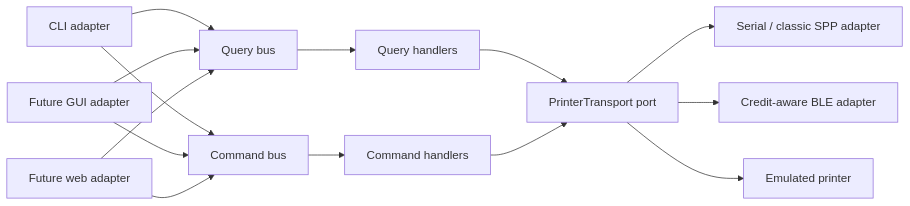
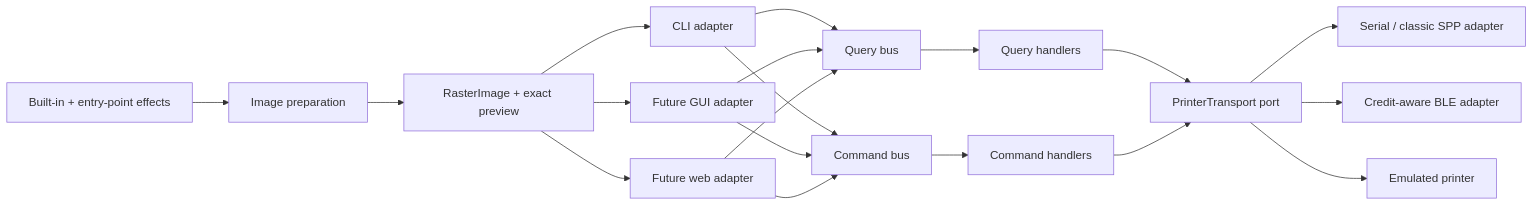
The diagram in docs/architecture.md (CSonTi04/mini-thermal-printer), drawn with Mermaid before and after one commit. The commit also changed other lines of this file and 12 other files, not shown here.

````diff
--- a/docs/architecture.md
+++ b/docs/architecture.md
@@ -8,16 +8,21 @@
 ```mermaid
 flowchart LR
+    PLUGINS["Built-in + entry-point effects"] --> PREP["Image preparation"]
+    PREP --> RASTER["RasterImage + exact preview"]
+    RASTER --> CLI
+    RASTER --> GUI
+    RASTER --> WEB
     CLI["CLI adapter"] --> QB["Query bus"]
     GUI["Future GUI adapter"] --> QB
     WEB["Future web adapter"] --> QB
     CLI --> CB["Command bus"]
     GUI --> CB
     WEB --> CB
     QB --> QH["Query handlers"]
     CB --> CH["Command handlers"]
     QH --> PORT["PrinterTransport port"]
     CH --> PORT
     PORT --> SPP["Serial / classic SPP adapter"]
     PORT --> BLE["Credit-aware BLE adapter"]
     PORT --> MOCK["Emulated printer"]
 ```
````
